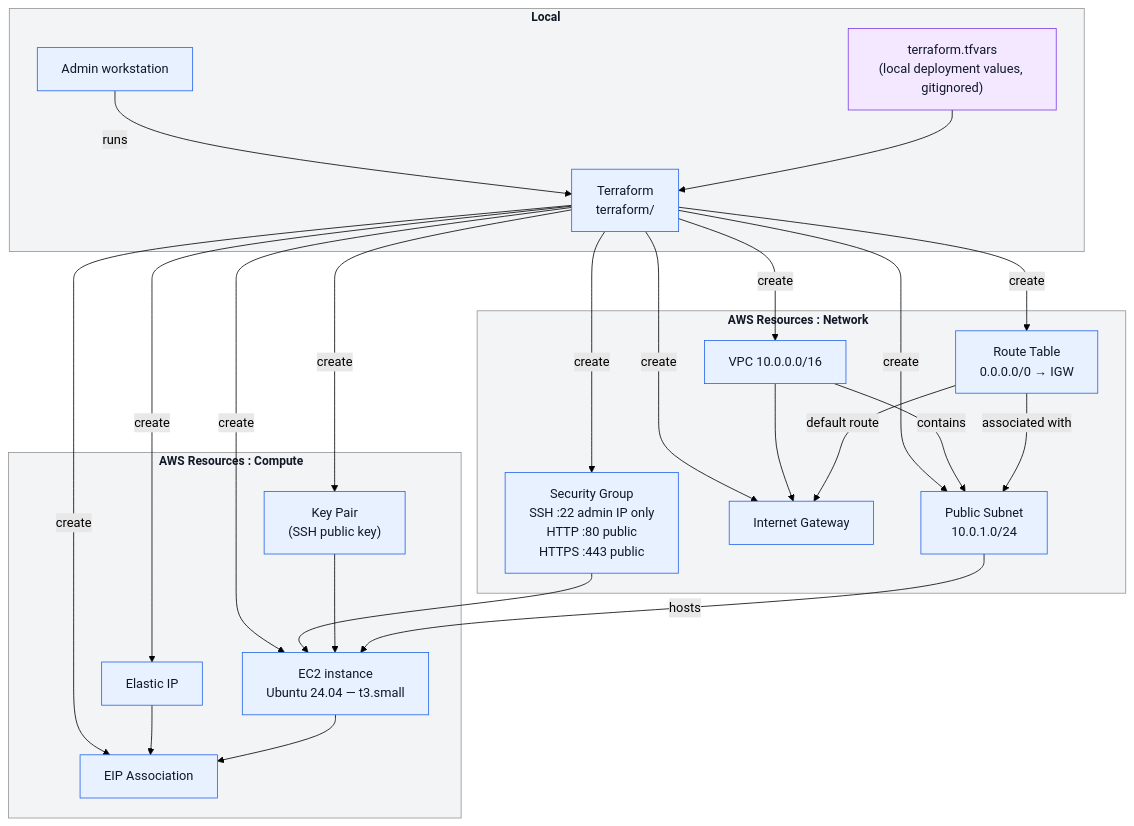
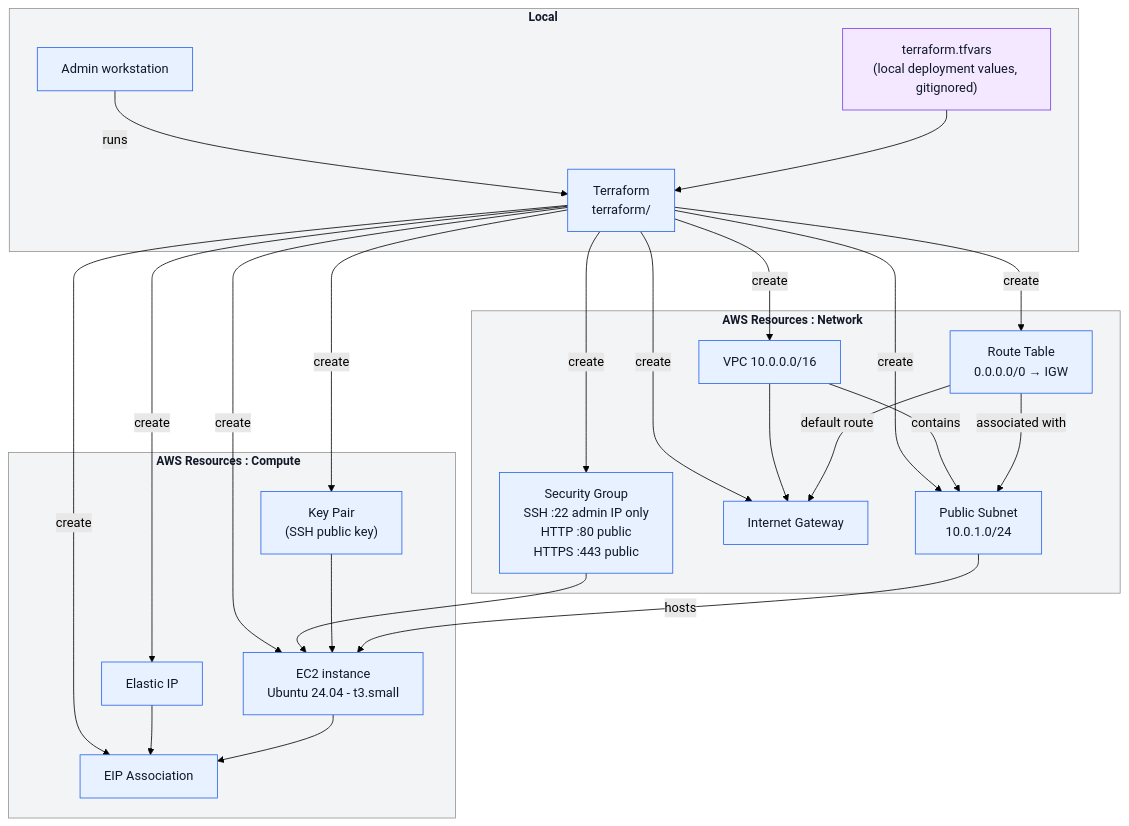
The second of 2 diagrams in README.md (gsiegwald/n8n-deploy-kit), drawn with Mermaid (forest theme) before and after one commit. The commit also changed other lines of this file, not shown here.

````diff
--- a/README.md
+++ b/README.md
@@ -149,56 +149,56 @@
 ```mermaid
 flowchart TB
   subgraph L[" Local "]
     U["Admin workstation"]
     TF["Terraform\nterraform/"]
     TFVARS["terraform.tfvars\n(local deployment values, gitignored)"]
   end
 
   subgraph NET["AWS Resources : Network"]
     VPC["VPC 10.0.0.0/16"]
     SUBNET["Public Subnet\n10.0.1.0/24"]
     IGW["Internet Gateway"]
     RT["Route Table\n0.0.0.0/0 → IGW"]
     SG["Security Group\nSSH :22 admin IP only\nHTTP :80 public\nHTTPS :443 public"]
   end
 
   subgraph COMPUTE["AWS Resources : Compute"]
     KP["Key Pair\n(SSH public key)"]
-    EC2["EC2 instance\nUbuntu 24.04 — t3.small"]
+    EC2["EC2 instance\nUbuntu 24.04 - t3.small"]
     EIP["Elastic IP"]
     EIP_ASSOC["EIP Association"]
   end
 
   U -->|runs| TF
   TFVARS --> TF
 
   TF -- "create" --> VPC
   TF -- "create" --> IGW
   TF -- "create" --> SUBNET
   TF -- "create" --> RT
   TF -- "create" --> SG
   TF -- "create" --> KP
   TF -- "create" --> EC2
   TF -- "create" --> EIP
   TF -- "create" --> EIP_ASSOC
 
   VPC -->|contains| SUBNET
   VPC --> IGW
   RT -->|default route| IGW
   RT -->|associated with| SUBNET
   SG --> EC2
   KP --> EC2
   SUBNET -->|hosts| EC2
   EIP --> EIP_ASSOC
   EC2 --> EIP_ASSOC
 
   %% ---- Subgraph styling ----
   style L       fill:#F3F4F6,stroke:#949494,stroke-width:1px,color:#111827,font-size:15px,font-weight:bold
   style NET     fill:#F3F4F6,stroke:#949494,stroke-width:1px,color:#111827,font-size:15px,font-weight:bold
   style COMPUTE fill:#F3F4F6,stroke:#949494,stroke-width:1px,color:#111827,font-size:15px,font-weight:bold
 
   classDef default  fill:#E8F1FF,stroke:#2563EB,stroke-width:1px,color:#111827;
   classDef fileNode fill:#F3E8FF,stroke:#7C3AED,stroke-width:1px,color:#111827;
 
   class TFVARS fileNode;
 ```
````
